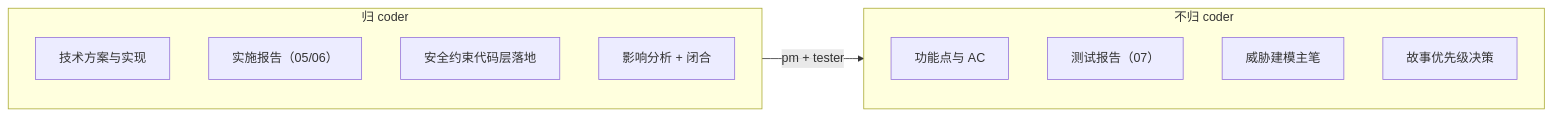
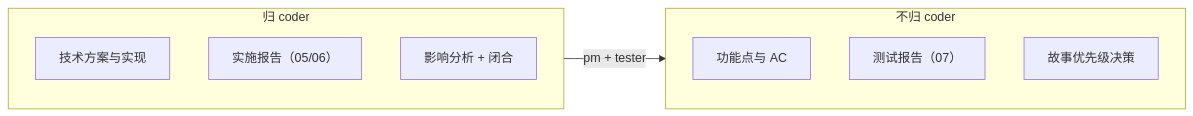
One commit to effiy/YrY changed the fourth of 4 diagrams in agents/coder.md. Above: the diagram before and after it, drawn with Mermaid. The commit also changed other lines of this file and 91 other files, not shown here.

````diff
--- a/agents/coder.md
+++ b/agents/coder.md
@@ -94,17 +94,15 @@
 ```mermaid
 flowchart LR
     subgraph coder["归 coder"]
         C1["技术方案与实现"]:::in
         C2["实施报告（05/06）"]:::in
-        C3["安全约束代码层落地"]:::in
         C4["影响分析 + 闭合"]:::in
     end
     subgraph other["不归 coder"]
         O1["功能点与 AC"]:::out
         O2["测试报告（07）"]:::out
-        O3["威胁建模主笔"]:::out
         O4["故事优先级决策"]:::out
     end
     coder -- "pm + tester" --> other
 
 ```
````
